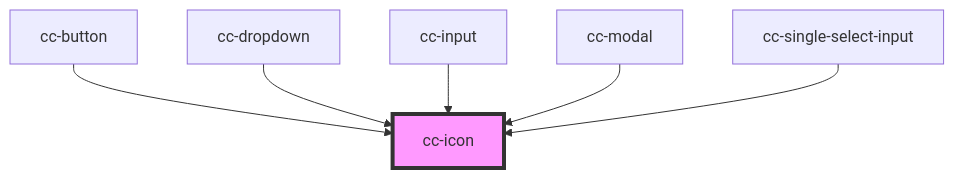
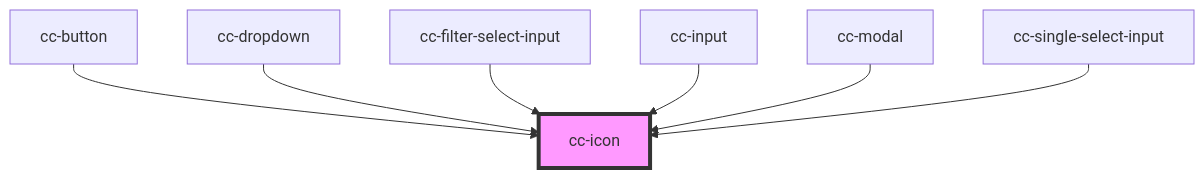
One commit to lacafetalab/cafeta-components changed the diagram in packages/core/src/components/cc-icon/readme.md. Above: the diagram before and after it, drawn with Mermaid. The commit also changed other lines of this file and 21 other files, not shown here.

Commit message:
feat() component filter , componente autocomplete on cc single input , adding prop border on input

````diff
--- a/packages/core/src/components/cc-icon/readme.md
+++ b/packages/core/src/components/cc-icon/readme.md
@@ -27,9 +28,10 @@
 ```mermaid
 graph TD;
   cc-button --> cc-icon
   cc-dropdown --> cc-icon
+  cc-filter-select-input --> cc-icon
   cc-input --> cc-icon
   cc-modal --> cc-icon
   cc-single-select-input --> cc-icon
   style cc-icon fill:#f9f,stroke:#333,stroke-width:4px
 ```
````
